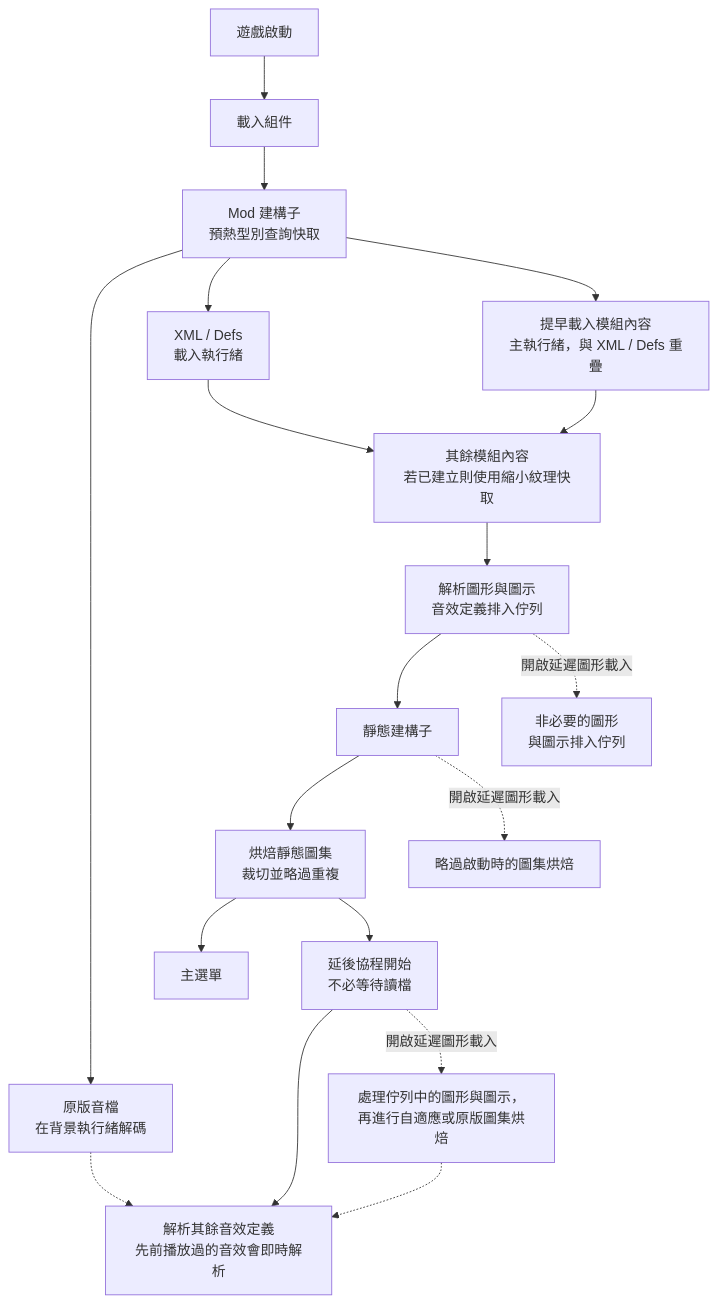
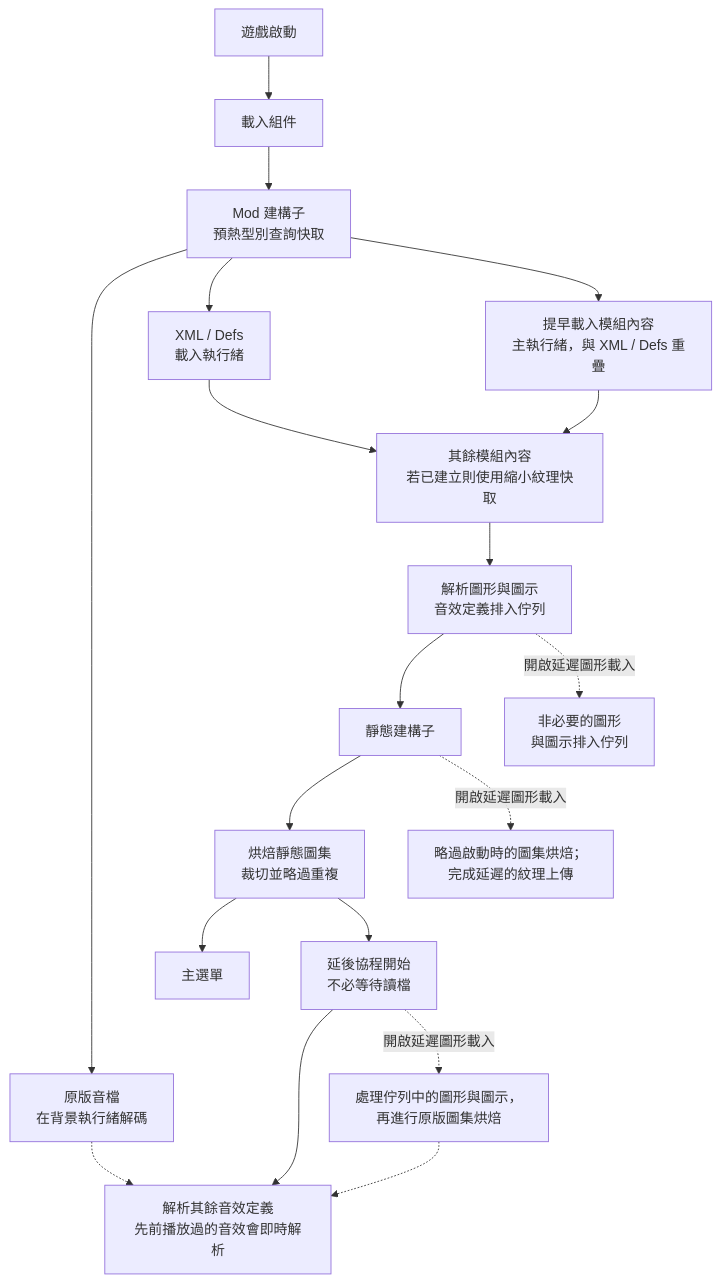
Before and after one commit to GUOSHENGZHONG/FasterGameLoading---Continued: the diagram in 1.7/README.zh-TW.md, drawn with Mermaid. The commit also changed other lines of this file and 31 other files, not shown here.

First line of the commit message:
fix: 修正 1.7 圖集載入與發布建置並完成效能驗證

````diff
--- a/1.7/README.zh-TW.md
+++ b/1.7/README.zh-TW.md
@@ -19,21 +20,21 @@
 ```mermaid
 graph TD
     A[遊戲啟動] --> B[載入組件]
     B --> C[Mod 建構子<br/>預熱型別查詢快取]
     C --> S[原版音檔<br/>在背景執行緒解碼]
     C --> D[XML / Defs<br/>載入執行緒]
     C --> E[提早載入模組內容<br/>主執行緒，與 XML / Defs 重疊]
     D --> F[其餘模組內容<br/>若已建立則使用縮小紋理快取]
     E --> F
     F --> G[解析圖形與圖示<br/>音效定義排入佇列]
     G --> H[靜態建構子]
     H --> I[烘焙靜態圖集<br/>裁切並略過重複]
     I --> J[主選單]
     I --> K[延後協程開始<br/>不必等待讀檔]
     K --> L[解析其餘音效定義<br/>先前播放過的音效會即時解析]
     S -.-> L
     G -. 開啟延遲圖形載入 .-> M[非必要的圖形<br/>與圖示排入佇列]
-    H -. 開啟延遲圖形載入 .-> N[略過啟動時的圖集烘焙]
-    K -. 開啟延遲圖形載入 .-> O[處理佇列中的圖形與圖示，<br/>再進行自適應或原版圖集烘焙]
+    H -. 開啟延遲圖形載入 .-> N[略過啟動時的圖集烘焙；<br/>完成延遲的紋理上傳]
+    K -. 開啟延遲圖形載入 .-> O[處理佇列中的圖形與圖示，<br/>再進行原版圖集烘焙]
     O -.-> L
 ```
````
